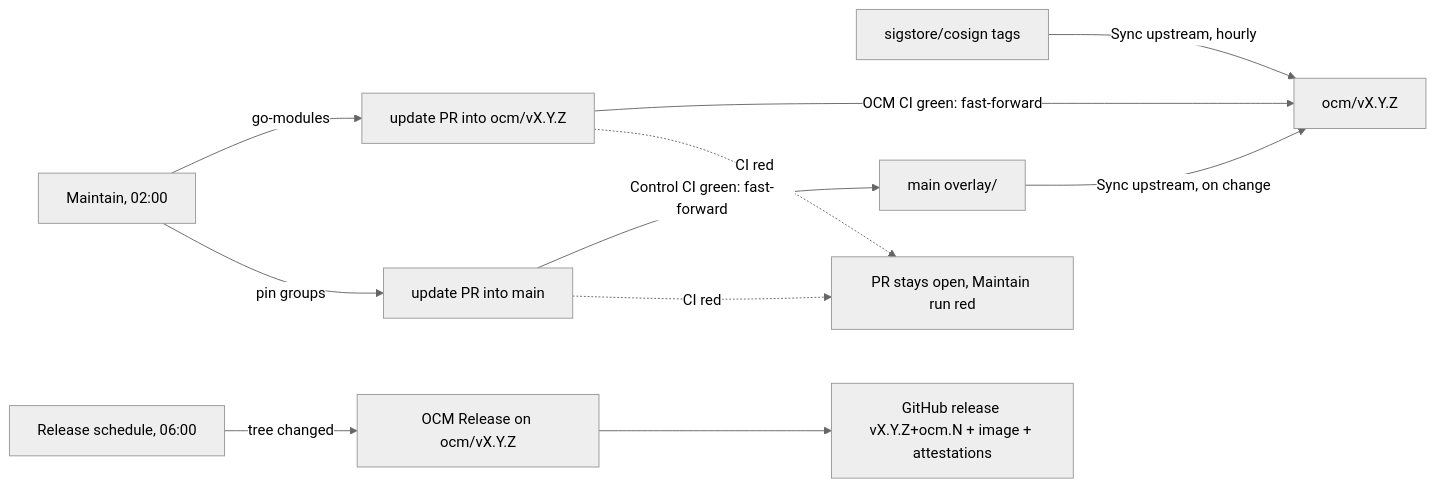
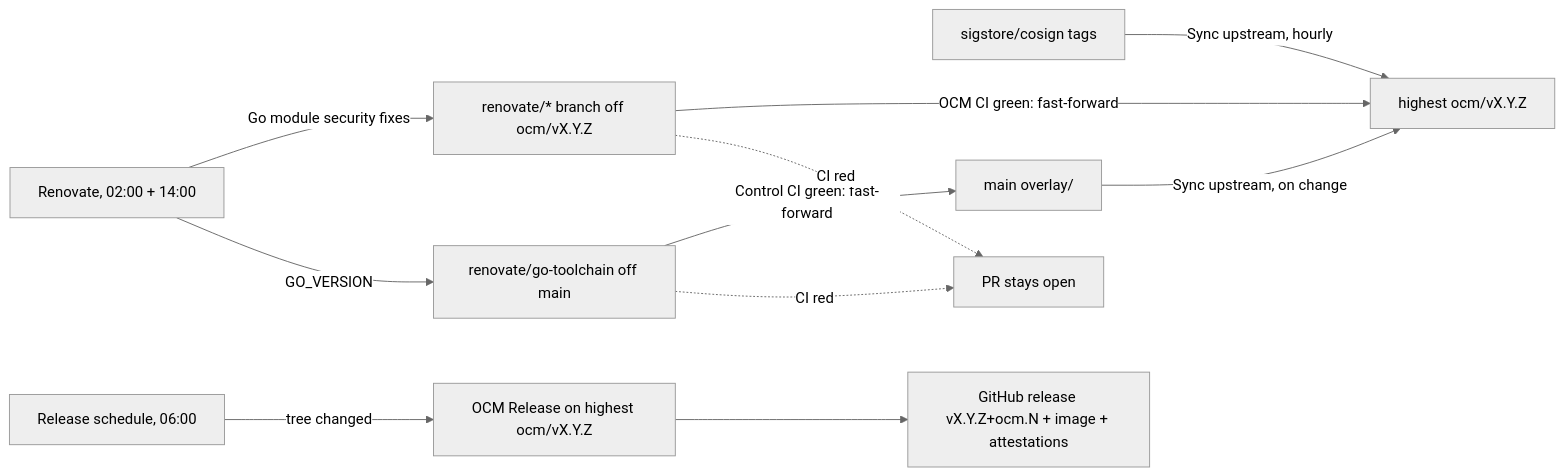
The diagram in docs/maintenance.md (open-component-model/cosign), drawn with Mermaid (neutral theme) before and after one commit. The commit also changed other lines of this file and 15 other files, not shown here.

First line of the commit message:
chore: security-only Renovate updates on the highest maintenance branch (#35)

````diff
--- a/docs/maintenance.md
+++ b/docs/maintenance.md
@@ -9,13 +11,13 @@
 ```mermaid
 flowchart LR
-  U[sigstore/cosign tags] -->|Sync upstream, hourly| B[ocm/vX.Y.Z]
+  U[sigstore/cosign tags] -->|Sync upstream, hourly| B[highest ocm/vX.Y.Z]
   O[main overlay/] -->|Sync upstream, on change| B
-  M[Maintain, 02:00] -->|go-modules| PB[update PR into ocm/vX.Y.Z]
-  M -->|pin groups| PM[update PR into main]
-  PB -->|OCM CI green: fast-forward| B
-  PM -->|Control CI green: fast-forward| O
-  PB -.->|CI red| R[PR stays open, Maintain run red]
-  PM -.->|CI red| R
-  S[Release schedule, 06:00] -->|tree changed| REL[OCM Release on ocm/vX.Y.Z]
+  R[Renovate, 02:00 + 14:00] -->|Go module security fixes| RB[renovate/* branch off ocm/vX.Y.Z]
+  R -->|GO_VERSION| RM[renovate/go-toolchain off main]
+  RB -->|OCM CI green: fast-forward| B
+  RM -->|Control CI green: fast-forward| O
+  RB -.->|CI red| P[PR stays open]
+  RM -.->|CI red| P
+  S[Release schedule, 06:00] -->|tree changed| REL[OCM Release on highest ocm/vX.Y.Z]
   REL --> A[GitHub release vX.Y.Z+ocm.N + image + attestations]
 ```
````
